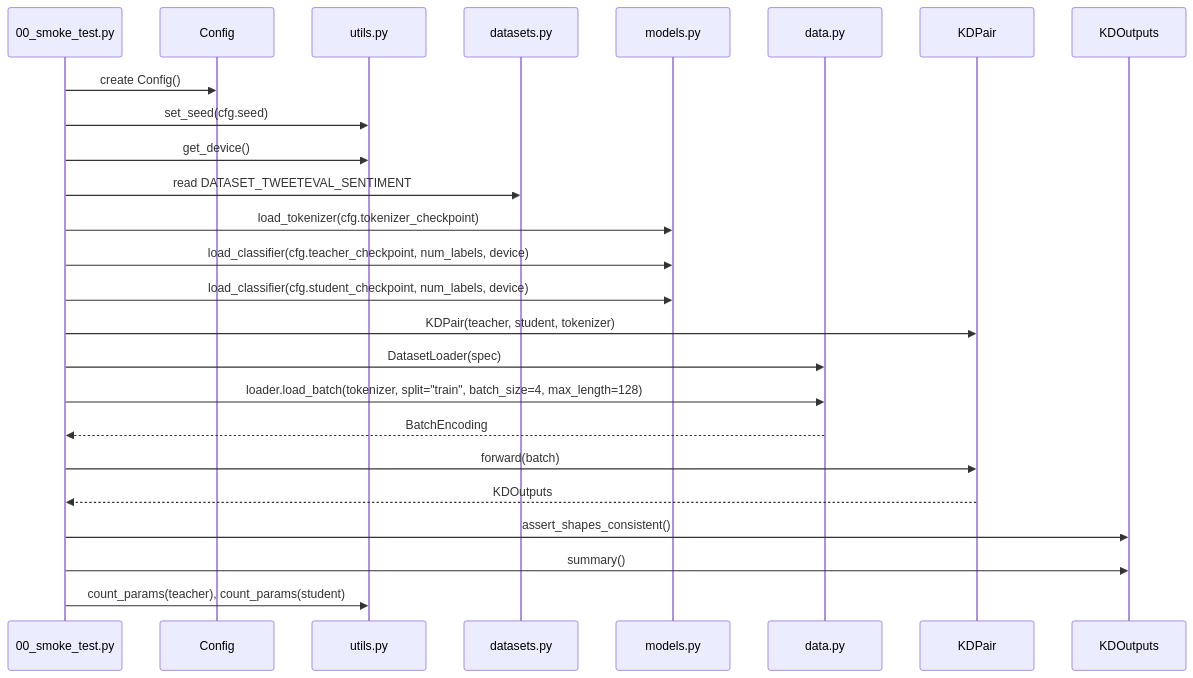
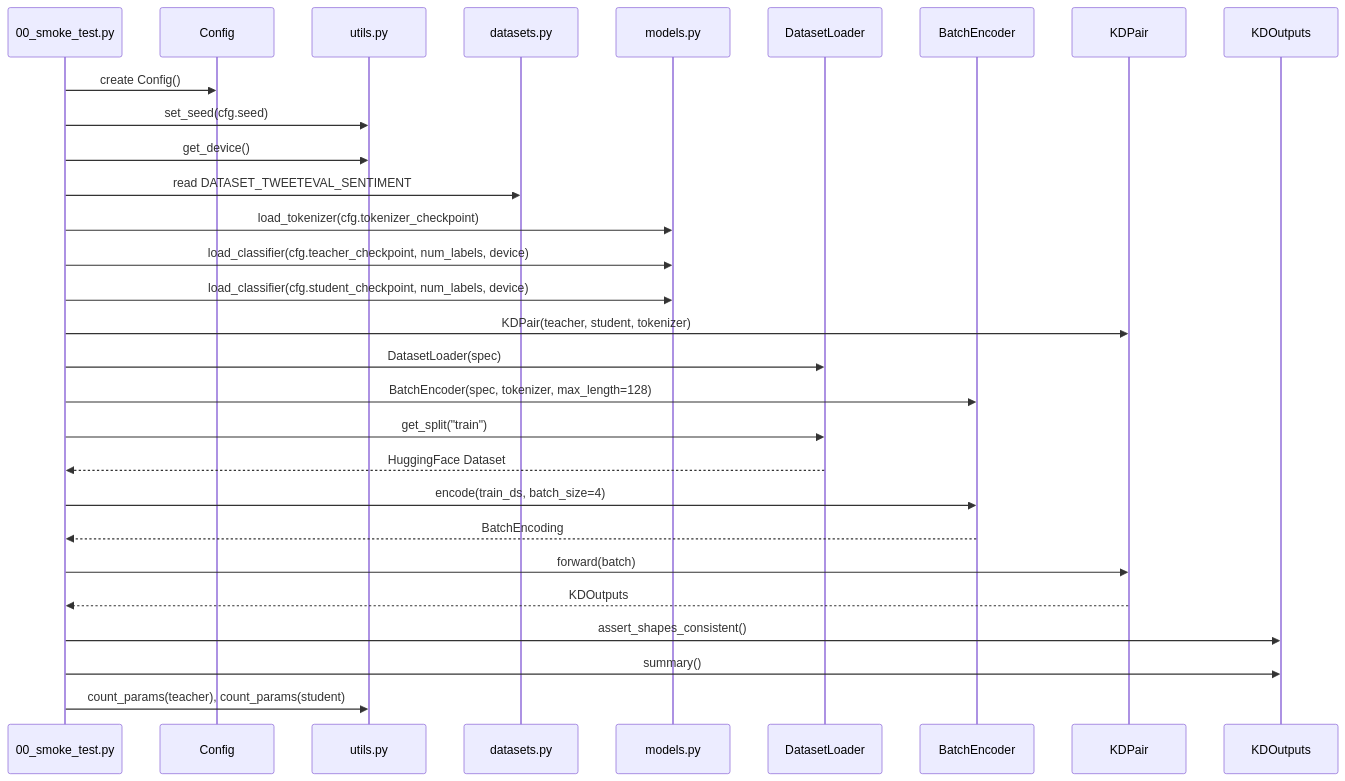
One commit to kaist-projects/TinyBERT-XAI changed the second of 4 diagrams in docs/notes/05-current-codebase-concept-diagram.md. Above: the diagram before and after it, drawn with Mermaid. The commit also changed other lines of this file and 5 other files, not shown here.

Commit message:
Split batch encoding from dataset loading

````diff
--- a/docs/notes/05-current-codebase-concept-diagram.md
+++ b/docs/notes/05-current-codebase-concept-diagram.md
@@ -92,28 +96,32 @@
 ```mermaid
 sequenceDiagram
     participant Script as 00_smoke_test.py
     participant Config as Config
     participant Utils as utils.py
     participant Registry as datasets.py
     participant Models as models.py
-    participant Data as data.py
+    participant Loader as DatasetLoader
+    participant Encoder as BatchEncoder
     participant Pair as KDPair
     participant Outputs as KDOutputs
 
     Script->>Config: create Config()
     Script->>Utils: set_seed(cfg.seed)
     Script->>Utils: get_device()
     Script->>Registry: read DATASET_TWEETEVAL_SENTIMENT
     Script->>Models: load_tokenizer(cfg.tokenizer_checkpoint)
     Script->>Models: load_classifier(cfg.teacher_checkpoint, num_labels, device)
     Script->>Models: load_classifier(cfg.student_checkpoint, num_labels, device)
     Script->>Pair: KDPair(teacher, student, tokenizer)
-    Script->>Data: DatasetLoader(spec)
-    Script->>Data: loader.load_batch(tokenizer, split="train", batch_size=4, max_length=128)
-    Data-->>Script: BatchEncoding
+    Script->>Loader: DatasetLoader(spec)
+    Script->>Encoder: BatchEncoder(spec, tokenizer, max_length=128)
+    Script->>Loader: get_split("train")
+    Loader-->>Script: HuggingFace Dataset
+    Script->>Encoder: encode(train_ds, batch_size=4)
+    Encoder-->>Script: BatchEncoding
     Script->>Pair: forward(batch)
     Pair-->>Script: KDOutputs
     Script->>Outputs: assert_shapes_consistent()
     Script->>Outputs: summary()
     Script->>Utils: count_params(teacher), count_params(student)
 ```
````
